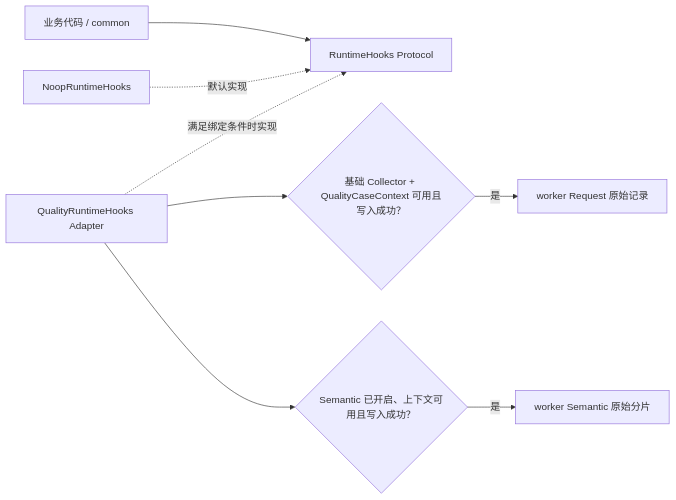
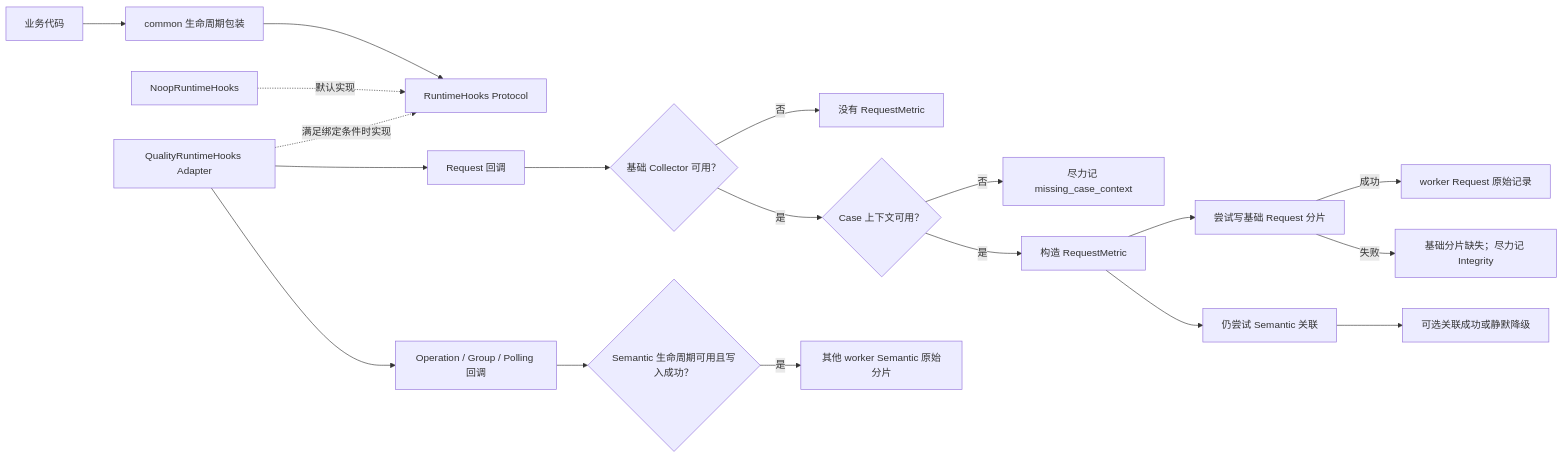
Before and after one commit to wjy801/llm_api_case: the diagram in course/核心/第04课-Runtime-Hooks的非侵入观察.md, drawn with Mermaid. The commit also changed other lines of this file and 12 other files, not shown here.

````diff
--- a/course/核心/第04课-Runtime-Hooks的非侵入观察.md
+++ b/course/核心/第04课-Runtime-Hooks的非侵入观察.md
@@ -245,10 +496,21 @@
 ```mermaid
 flowchart LR
-    B["业务代码 / common"] --> P["RuntimeHooks Protocol"]
+    B["业务代码"] --> L["common 生命周期包装"]
+    L --> P["RuntimeHooks Protocol"]
     N["NoopRuntimeHooks"] -. "默认实现" .-> P
     A["QualityRuntimeHooks Adapter"] -. "满足绑定条件时实现" .-> P
-    A --> R{"基础 Collector + QualityCaseContext 可用且写入成功？"}
-    R -->|是| Q["worker Request 原始记录"]
-    A --> S{"Semantic 已开启、上下文可用且写入成功？"}
-    S -->|是| T["worker Semantic 原始分片"]
+    A --> RC["Request 回调"]
+    RC --> C{"基础 Collector 可用？"}
+    C -->|否| Z["没有 RequestMetric"]
+    C -->|是| R{"Case 上下文可用？"}
+    R -->|否| I["尽力记 missing_case_context"]
+    R -->|是| M["构造 RequestMetric"]
+    M --> W["尝试写基础 Request 分片"]
+    W -->|成功| Q["worker Request 原始记录"]
+    W -->|失败| D["基础分片缺失；尽力记 Integrity"]
+    M --> S["仍尝试 Semantic 关联"]
+    S --> T["可选关联成功或静默降级"]
+    A --> LC["Operation / Group / Polling 回调"]
+    LC --> U{"Semantic 生命周期可用且写入成功？"}
+    U -->|是| V["其他 worker Semantic 原始分片"]
 ```
````
